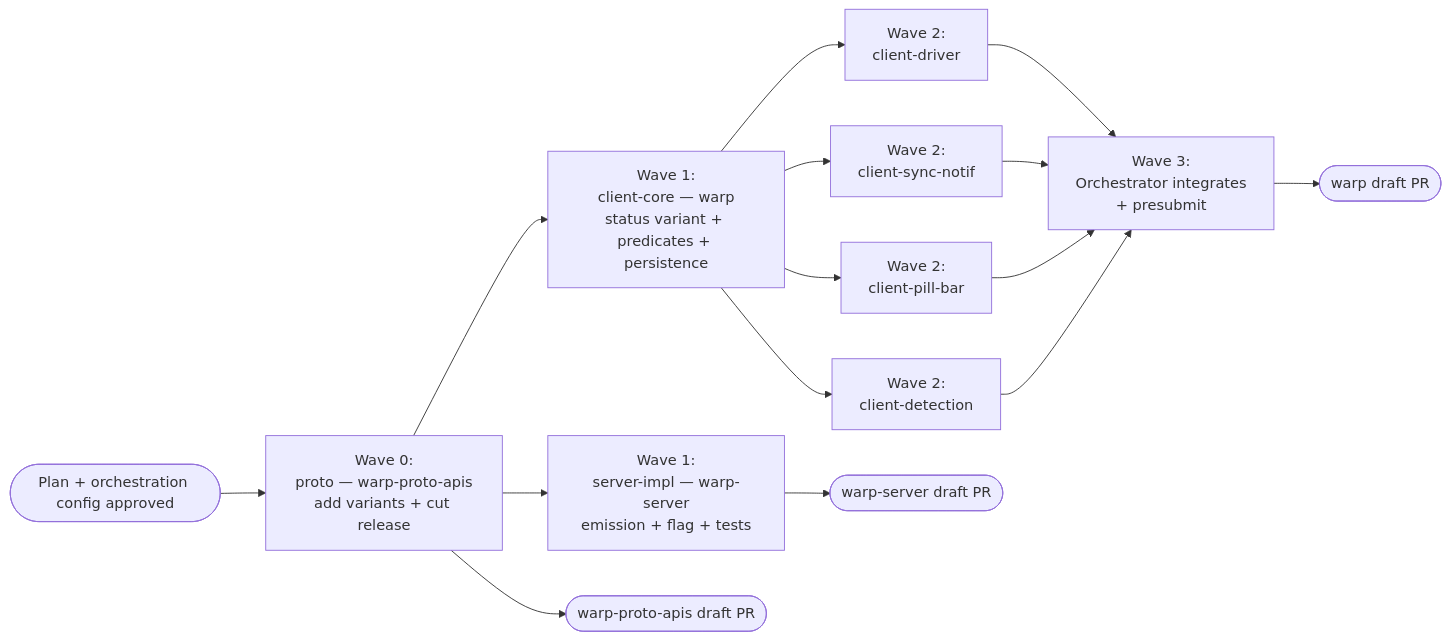
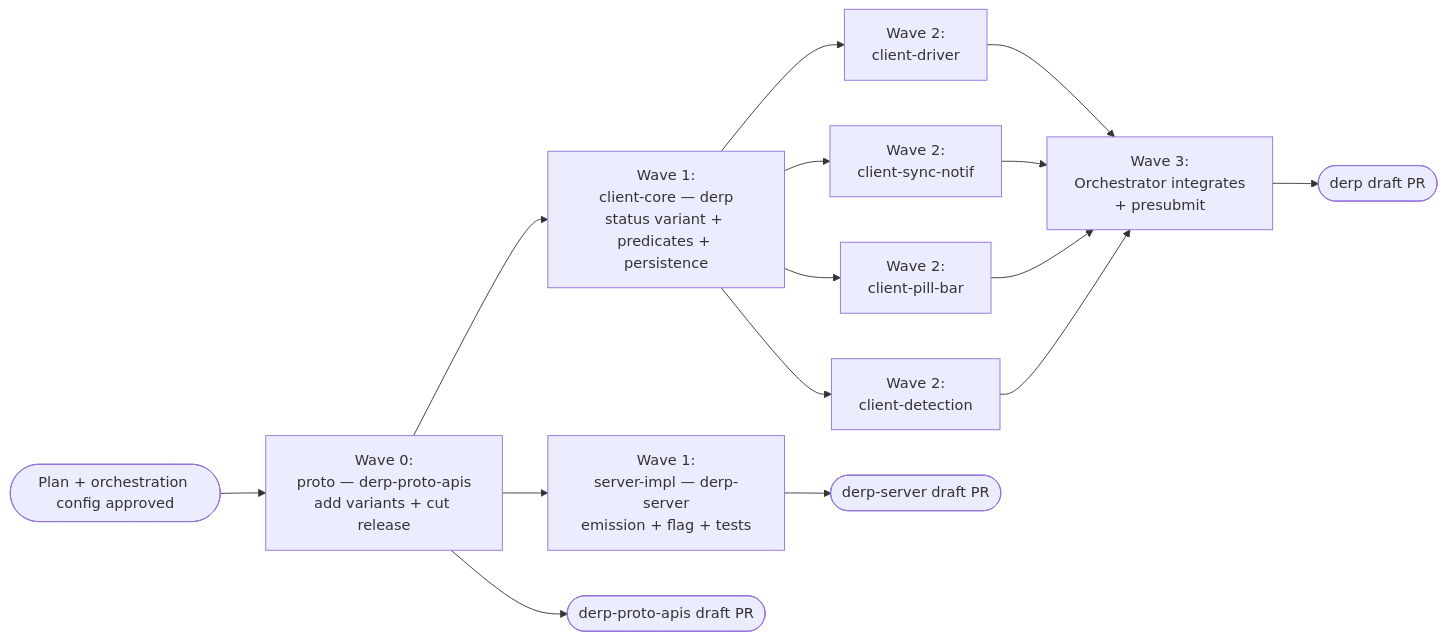
Before and after one commit to antikrust/krust-terminal: the second of 2 diagrams in specs/QUALITY-780/TECH.md, drawn with Mermaid. The commit also changed other lines of this file and 9069 other files, not shown here.

First line of the commit message:
Rebrand Warp -> Derp; vendor and disconnect all external deps

````diff
--- a/specs/QUALITY-780/TECH.md
+++ b/specs/QUALITY-780/TECH.md
@@ -352,17 +352,17 @@
 ```mermaid
 flowchart LR
-    Plan([Plan + orchestration config approved]) --> Proto["Wave 0:<br/>proto — warp-proto-apis<br/>add variants + cut release"]
-    Proto --> Server["Wave 1:<br/>server-impl — warp-server<br/>emission + flag + tests"]
-    Proto --> ClientCore["Wave 1:<br/>client-core — warp<br/>status variant + predicates + persistence"]
+    Plan([Plan + orchestration config approved]) --> Proto["Wave 0:<br/>proto — derp-proto-apis<br/>add variants + cut release"]
+    Proto --> Server["Wave 1:<br/>server-impl — derp-server<br/>emission + flag + tests"]
+    Proto --> ClientCore["Wave 1:<br/>client-core — derp<br/>status variant + predicates + persistence"]
     ClientCore --> Driver["Wave 2:<br/>client-driver"]
     ClientCore --> SyncNotif["Wave 2:<br/>client-sync-notif"]
     ClientCore --> PillBar["Wave 2:<br/>client-pill-bar"]
     ClientCore --> Detection["Wave 2:<br/>client-detection"]
-    Server --> ServerPR([warp-server draft PR])
+    Server --> ServerPR([derp-server draft PR])
     Driver --> Integrate["Wave 3:<br/>Orchestrator integrates<br/>+ presubmit"]
     SyncNotif --> Integrate
     PillBar --> Integrate
     Detection --> Integrate
-    Integrate --> ClientPR([warp draft PR])
-    Proto --> ProtoPR([warp-proto-apis draft PR])
+    Integrate --> ClientPR([derp draft PR])
+    Proto --> ProtoPR([derp-proto-apis draft PR])
 ```
````
